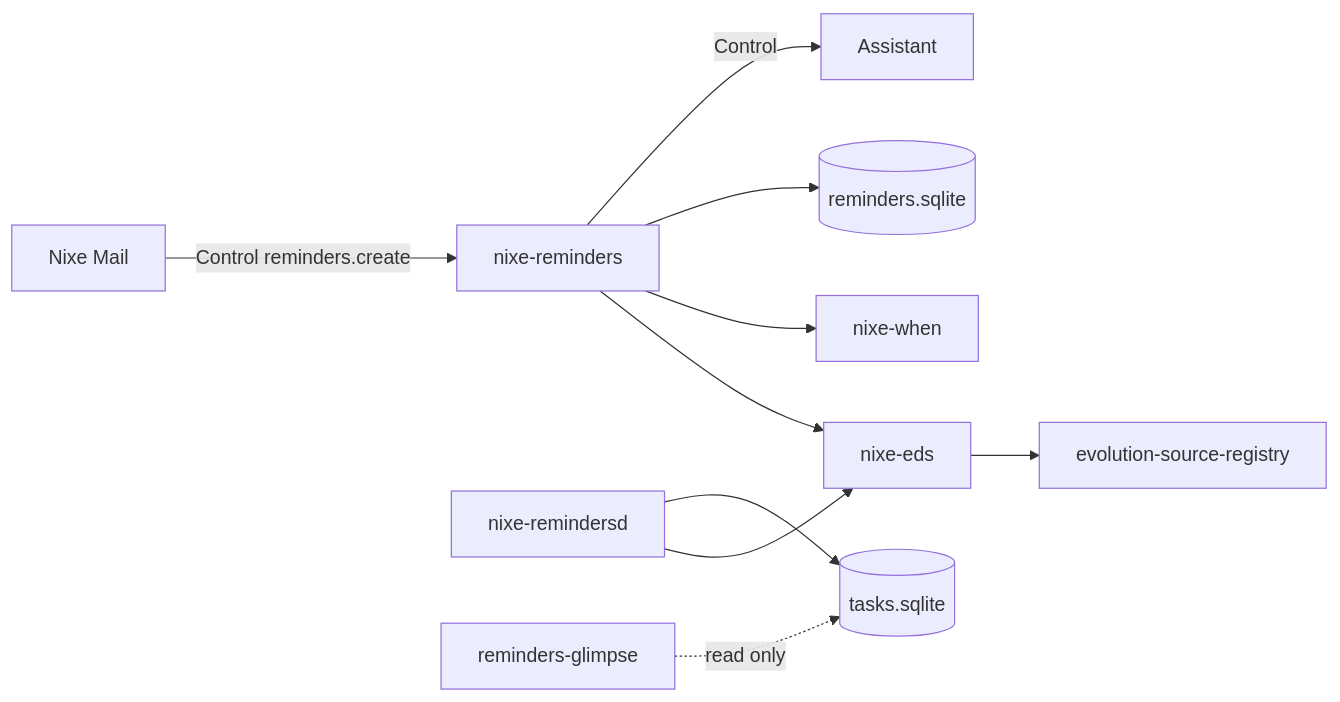
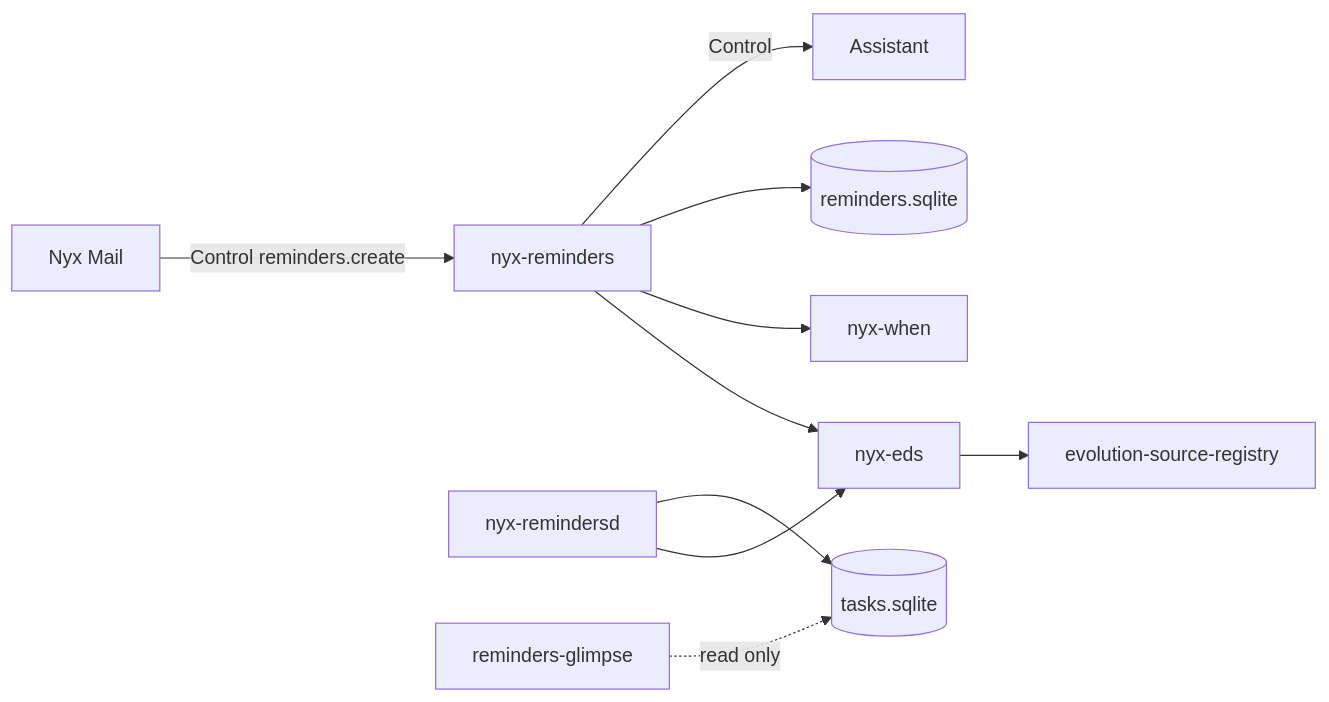
The diagram in docs/ARCHITECTURE.md (design-nexus/nixe-reminders), drawn with Mermaid before and after one commit. The commit also changed other lines of this file and 40 other files, not shown here.

First line of the commit message:
Rename Nixe to Nyx

````diff
--- a/docs/ARCHITECTURE.md
+++ b/docs/ARCHITECTURE.md
@@ -3,12 +3,12 @@
 ```mermaid
 flowchart LR
-  UI[nixe-reminders] --> Eds[nixe-eds]
-  Remd[nixe-remindersd] --> Eds
+  UI[nyx-reminders] --> Eds[nyx-eds]
+  Remd[nyx-remindersd] --> Eds
   Eds --> Reg[evolution-source-registry]
-  UI --> When[nixe-when]
+  UI --> When[nyx-when]
   UI --> Side[(reminders.sqlite)]
   Remd --> Tasks[(tasks.sqlite)]
   Glimpse[reminders-glimpse] -.read only.-> Tasks
   UI -->|Control| Assistant
-  Mail[Nixe Mail] -->|Control reminders.create| UI
+  Mail[Nyx Mail] -->|Control reminders.create| UI
 ```
````
